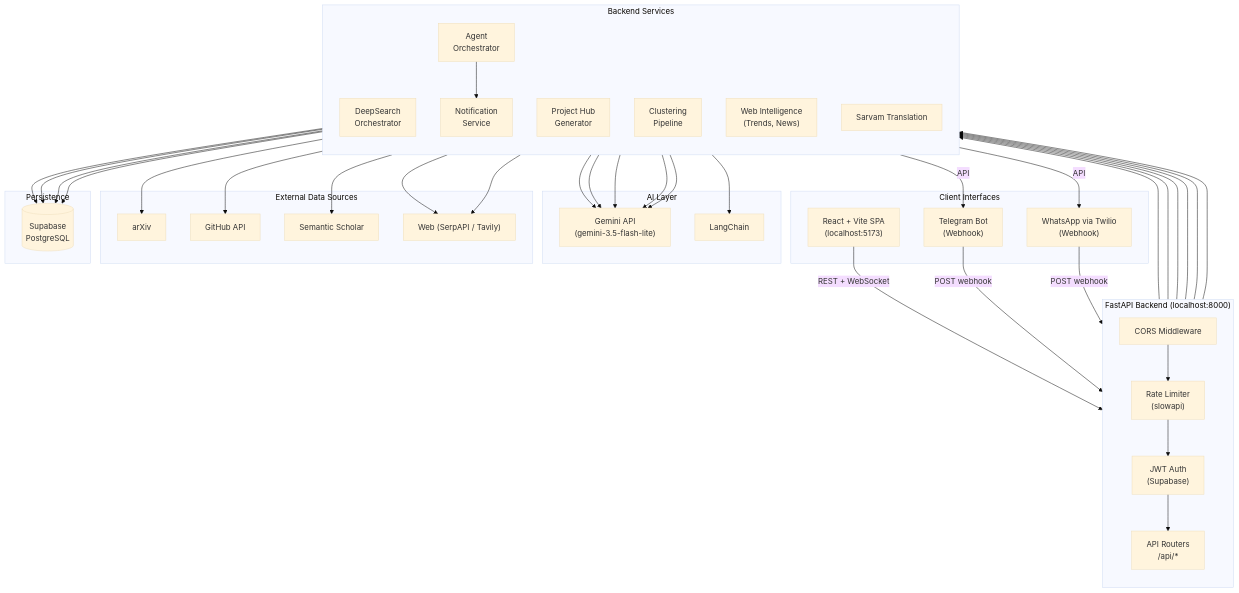
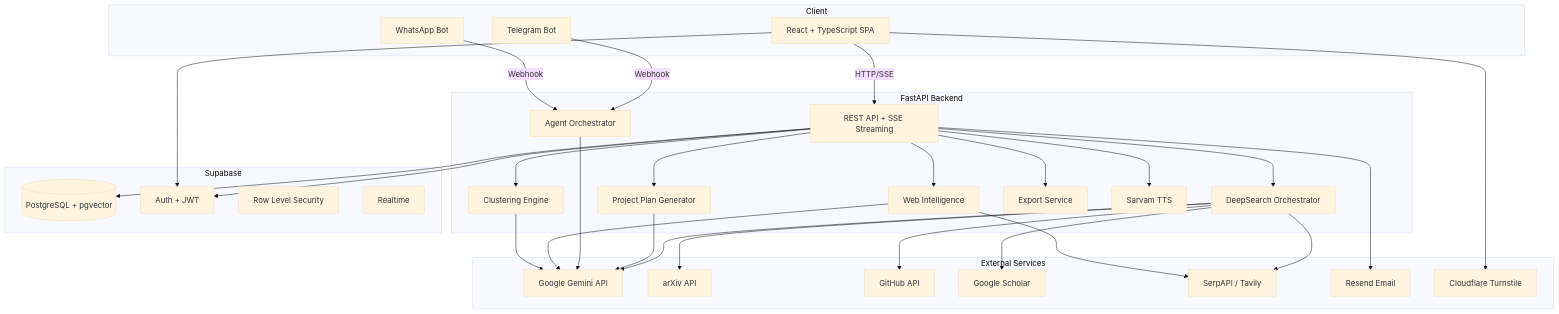
Before and after one commit to helloaziz07/innovix: the first of 3 diagrams in README.md, drawn with Mermaid (base theme). The commit also changed other lines of this file, not shown here.

````diff
--- a/README.md
+++ b/README.md
@@ -106,68 +135,61 @@
 ```mermaid
 flowchart TD
-    subgraph Clients["Client Interfaces"]
-        Web["React + Vite SPA\n(localhost:5173)"]
-        TG["Telegram Bot\n(Webhook)"]
-        WA["WhatsApp via Twilio\n(Webhook)"]
+    subgraph Client
+        A[React + TypeScript SPA]
+        T[Telegram Bot]
+        W[WhatsApp Bot]
     end
 
-    subgraph Gateway["FastAPI Backend (localhost:8000)"]
-        direction TB
-        CORS["CORS Middleware"]
-        RateLimit["Rate Limiter\n(slowapi)"]
-        Auth["JWT Auth\n(Supabase)"]
-        Routers["API Routers\n/api/*"]
+    subgraph Backend["FastAPI Backend"]
+        API[REST API + SSE Streaming]
+        DS[DeepSearch Orchestrator]
+        PG[Project Plan Generator]
+        AO[Agent Orchestrator]
+        WI[Web Intelligence]
+        CL[Clustering Engine]
+        EX[Export Service]
+        TTS[Sarvam TTS]
     end
 
-    subgraph Services["Backend Services"]
-        direction TB
-        DS["DeepSearch\nOrchestrator"]
-        PH["Project Hub\nGenerator"]
-        CL["Clustering\nPipeline"]
-        WI["Web Intelligence\n(Trends, News)"]
-        AG["Agent\nOrchestrator"]
-        TR["Sarvam Translation"]
-        NS["Notification\nService"]
+    subgraph External["External Services"]
+        GM[Google Gemini API]
+        AX[arXiv API]
+        GH[GitHub API]
+        SC[Google Scholar]
+        SP[SerpAPI / Tavily]
+        RE[Resend Email]
+        CF[Cloudflare Turnstile]
     end
 
-    subgraph AI["AI Layer"]
-        GM["Gemini API\n(gemini-3.5-flash-lite)"]
-        LC["LangChain"]
+    subgraph Data["Supabase"]
+        DB[(PostgreSQL + pgvector)]
+        AU[Auth + JWT]
+        RLS[Row Level Security]
+        RT[Realtime]
     end
 
-    subgraph Sources["External Data Sources"]
-        AX["arXiv"]
-        GH["GitHub API"]
-        SC["Semantic Scholar"]
-        WB["Web (SerpAPI / Tavily)"]
-    end
-
-    subgraph Data["Persistence"]
-        SB[("Supabase\nPostgreSQL")]
-    end
-
-    Web -->|REST + WebSocket| CORS
-    TG -->|POST webhook| CORS
-    WA -->|POST webhook| CORS
-    CORS --> RateLimit --> Auth --> Routers
-
-    Routers --> DS
-    Routers --> PH
-    Routers --> CL
-    Routers --> WI
-    Routers --> AG
-    Routers --> TR
-
-    DS --> AX & GH & SC & WB
+    A -->|HTTP/SSE| API
+    T -->|Webhook| AO
+    W -->|Webhook| AO
+    API --> DS
+    API --> PG
+    API --> WI
+    API --> CL
+    API --> EX
+    API --> TTS
     DS --> GM
-    PH --> GM
-    PH --> LC
+    DS --> AX
+    DS --> GH
+    DS --> SC
+    DS --> SP
+    PG --> GM
+    AO --> GM
+    WI --> SP
+    WI --> GM
     CL --> GM
-    WI --> GM
-    WI --> WB
-    AG --> GM
-    AG --> NS
-    NS -->|API| TG & WA
-
-    DS & PH & CL & AG --> SB
+    API --> DB
+    API --> AU
+    API --> RE
+    A --> CF
+    A --> AU
 ```
````
